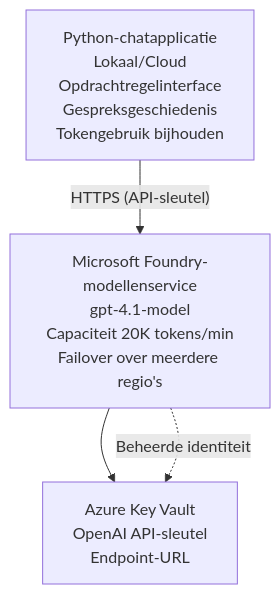
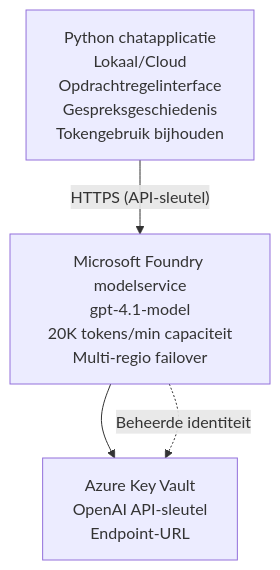
The diagram in translations/nl/examples/azure-openai-chat/README.md (microsoft/AZD-for-beginners), drawn with Mermaid before and after one commit. The commit also changed other lines of this file and 104 other files, not shown here.

````diff
--- a/translations/nl/examples/azure-openai-chat/README.md
+++ b/translations/nl/examples/azure-openai-chat/README.md
@@ -26,6 +26,6 @@
 ```mermaid
 graph TD
-    App[Python-chatapplicatie<br/>Lokaal/Cloud<br/>Opdrachtregelinterface<br/>Gespreksgeschiedenis<br/>Tokengebruik bijhouden] -- "HTTPS (API-sleutel)" --> Foundry[Microsoft Foundry-modellenservice<br/>gpt-4.1-model<br/>Capaciteit 20K tokens/min<br/>Failover over meerdere regio's]
+    App[Python chatapplicatie<br/>Lokaal/Cloud<br/>Opdrachtregelinterface<br/>Gespreksgeschiedenis<br/>Tokengebruik bijhouden] -- "HTTPS (API-sleutel)" --> Foundry[Microsoft Foundry modelservice<br/>gpt-4.1-model<br/>20K tokens/min capaciteit<br/>Multi-regio failover]
     Foundry --> KV[Azure Key Vault<br/>OpenAI API-sleutel<br/>Endpoint-URL]
     Foundry -. Beheerde identiteit .-> KV
 ```
````
